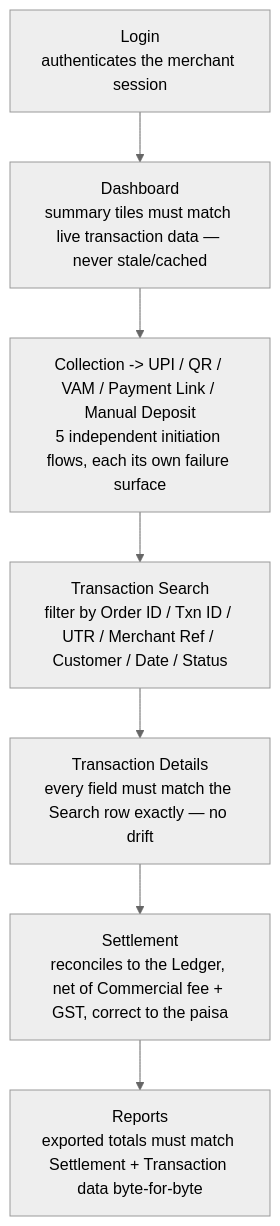
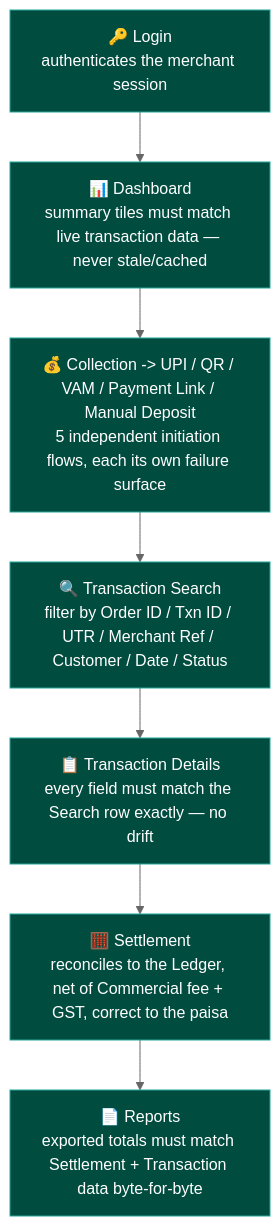
Before and after one commit to ghanendra-sdet/fintech-collection-engine: the diagram in README.md, drawn with Mermaid (neutral theme). The commit also changed other lines of this file, not shown here.

Commit message:
fix: correct test case count and ToC gap in README

````diff
--- a/README.md
+++ b/README.md
@@ -141,9 +142,12 @@
 ```mermaid
 flowchart TD
-    A["Login<br/>authenticates the merchant session"] --> B["Dashboard<br/>summary tiles must match live transaction data — never stale/cached"]
-    B --> C["Collection -> UPI / QR / VAM / Payment Link / Manual Deposit<br/>5 independent initiation flows, each its own failure surface"]
-    C --> D["Transaction Search<br/>filter by Order ID / Txn ID / UTR / Merchant Ref / Customer / Date / Status"]
-    D --> E["Transaction Details<br/>every field must match the Search row exactly — no drift"]
-    E --> F["Settlement<br/>reconciles to the Ledger, net of Commercial fee + GST, correct to the paisa"]
-    F --> G["Reports<br/>exported totals must match Settlement + Transaction data byte-for-byte"]
+    A["🔑 Login<br/>authenticates the merchant session"] --> B["📊 Dashboard<br/>summary tiles must match live transaction data — never stale/cached"]
+    B --> C["💰 Collection -> UPI / QR / VAM / Payment Link / Manual Deposit<br/>5 independent initiation flows, each its own failure surface"]
+    C --> D["🔍 Transaction Search<br/>filter by Order ID / Txn ID / UTR / Merchant Ref / Customer / Date / Status"]
+    D --> E["📋 Transaction Details<br/>every field must match the Search row exactly — no drift"]
+    E --> F["🧮 Settlement<br/>reconciles to the Ledger, net of Commercial fee + GST, correct to the paisa"]
+    F --> G["📄 Reports<br/>exported totals must match Settlement + Transaction data byte-for-byte"]
+
+    classDef service fill:#004d40,stroke:#26a69a,color:#fff
+    class A,B,C,D,E,F,G service
 ```
````
